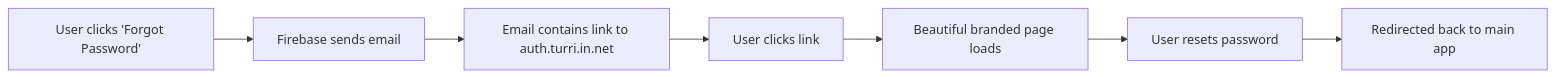
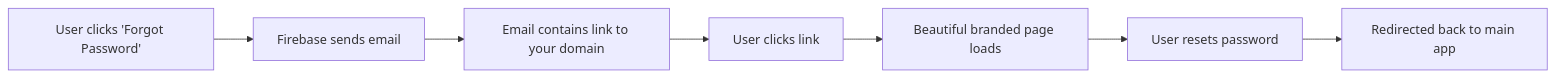
Before and after one commit to jigneshis/Firebase-Authentication-Action-Handler: the diagram in README.md, drawn with Mermaid. The commit also changed other lines of this file, not shown here.

````diff
--- a/README.md
+++ b/README.md
@@ -74,9 +74,9 @@
 ```mermaid
 graph LR
     A[User clicks 'Forgot Password'] --> B[Firebase sends email]
-    B --> C[Email contains link to auth.turri.in.net]
+    B --> C[Email contains link to your domain]
     C --> D[User clicks link]
     D --> E[Beautiful branded page loads]
     E --> F[User resets password]
     F --> G[Redirected back to main app]
 ```
````
